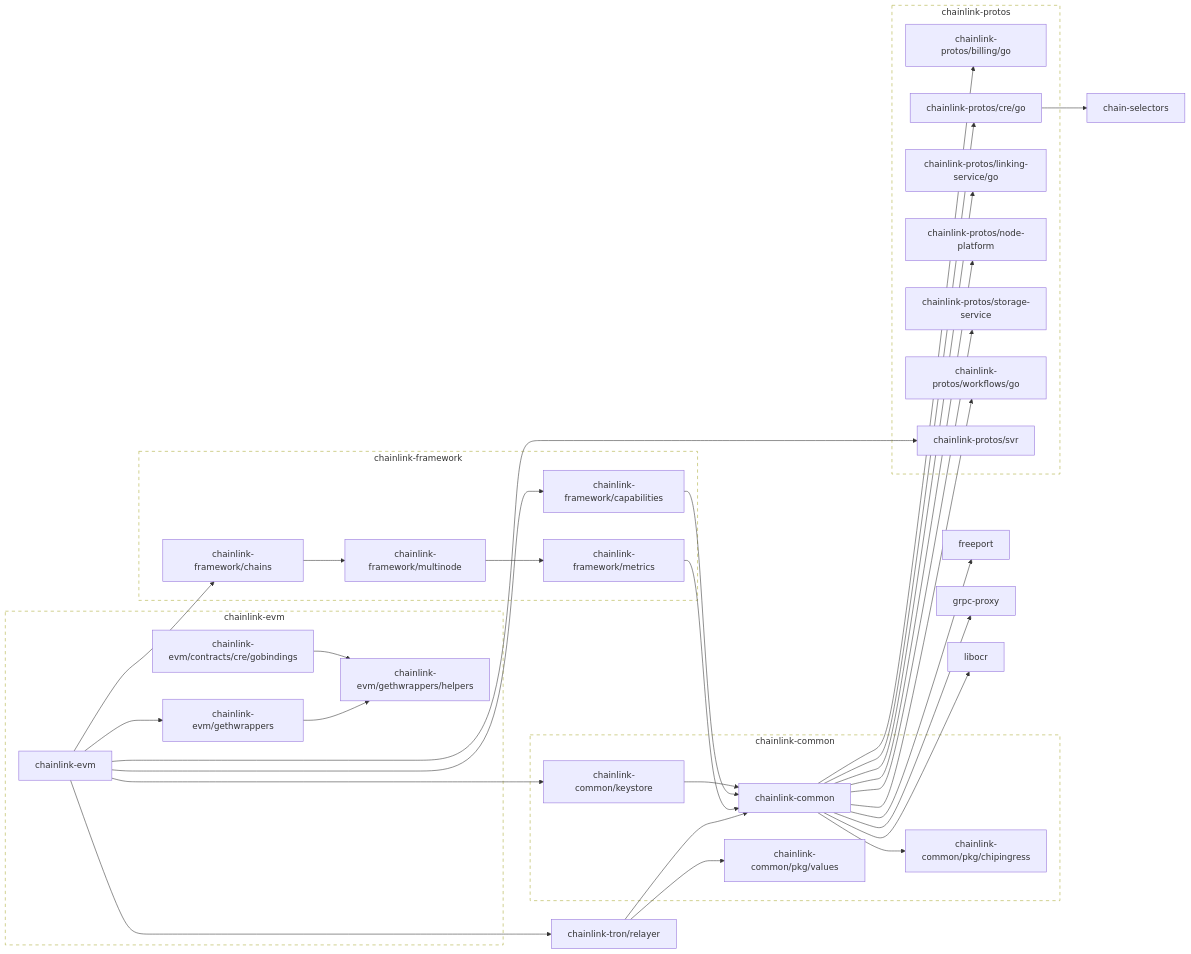
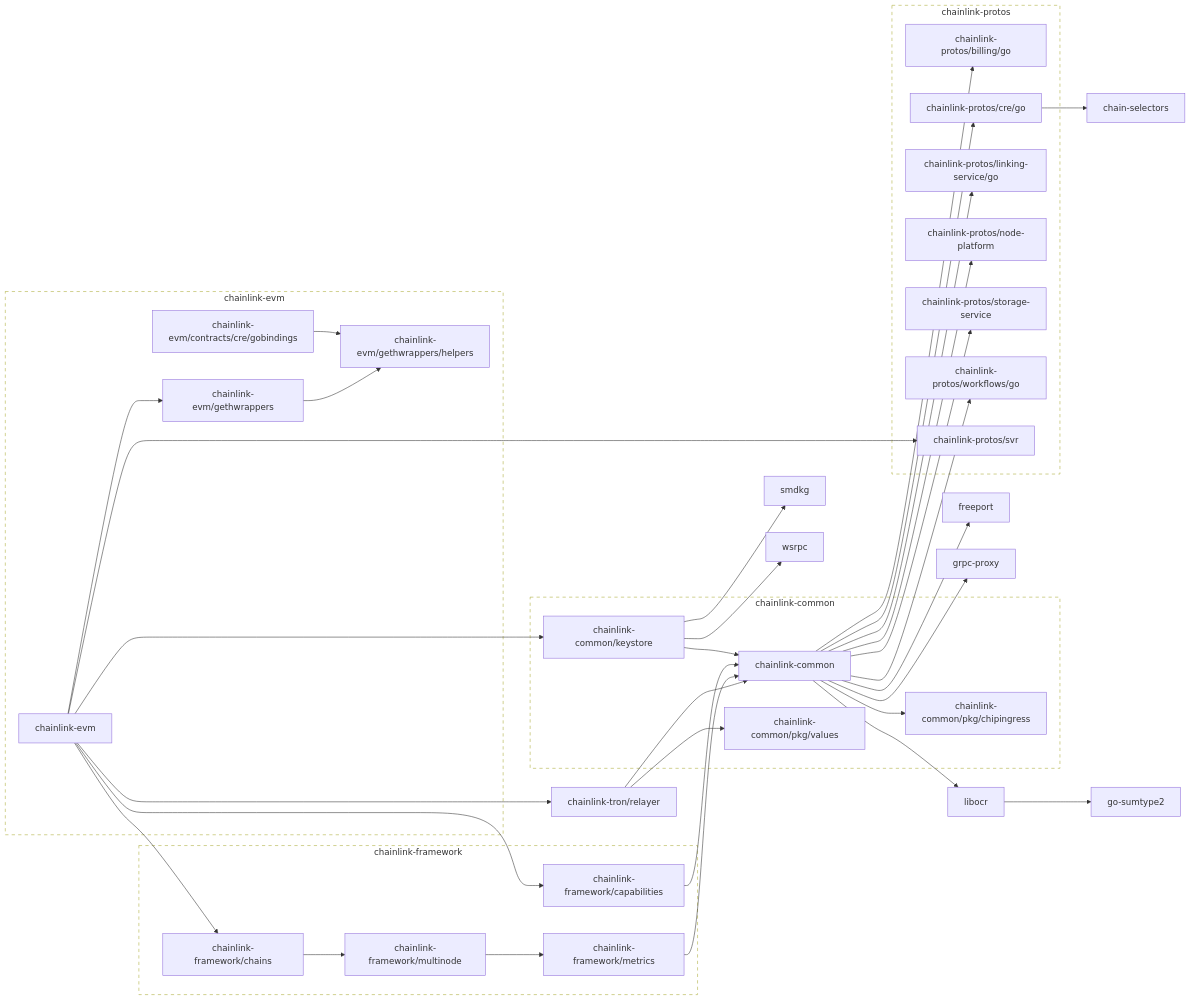
One commit to smartcontractkit/chainlink-evm changed the diagram in go.md. Above: the diagram before and after it, drawn with Mermaid. The commit also changed 2 other files, not shown here.

```diff
--- a/go.md
+++ b/go.md
@@ -16,6 +16,8 @@
 	chainlink-common --> libocr
 	click chainlink-common href "https://github.com/smartcontractkit/chainlink-common"
 	chainlink-common/keystore --> chainlink-common
+	chainlink-common/keystore --> smdkg
+	chainlink-common/keystore --> wsrpc
 	click chainlink-common/keystore href "https://github.com/smartcontractkit/chainlink-common"
 	chainlink-common/pkg/chipingress
 	click chainlink-common/pkg/chipingress href "https://github.com/smartcontractkit/chainlink-common"
@@ -61,10 +63,16 @@
 	click chainlink-tron/relayer href "https://github.com/smartcontractkit/chainlink-tron"
 	freeport
 	click freeport href "https://github.com/smartcontractkit/freeport"
+	go-sumtype2
+	click go-sumtype2 href "https://github.com/smartcontractkit/go-sumtype2"
 	grpc-proxy
 	click grpc-proxy href "https://github.com/smartcontractkit/grpc-proxy"
-	libocr
+	libocr --> go-sumtype2
 	click libocr href "https://github.com/smartcontractkit/libocr"
+	smdkg
+	click smdkg href "https://github.com/smartcontractkit/smdkg"
+	wsrpc
+	click wsrpc href "https://github.com/smartcontractkit/wsrpc"
 
 	subgraph chainlink-common-repo[chainlink-common]
 		 chainlink-common
```
